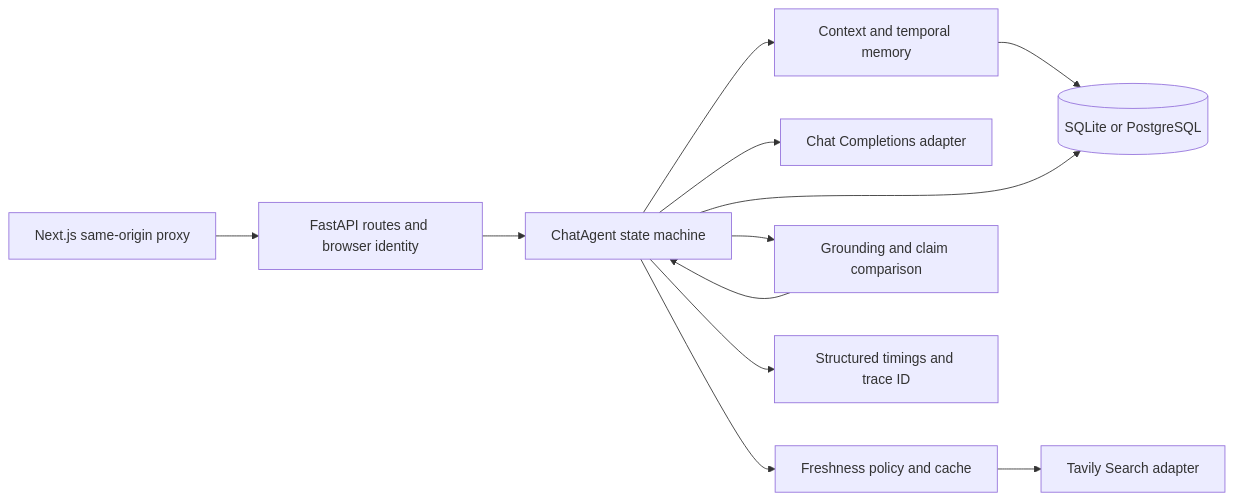
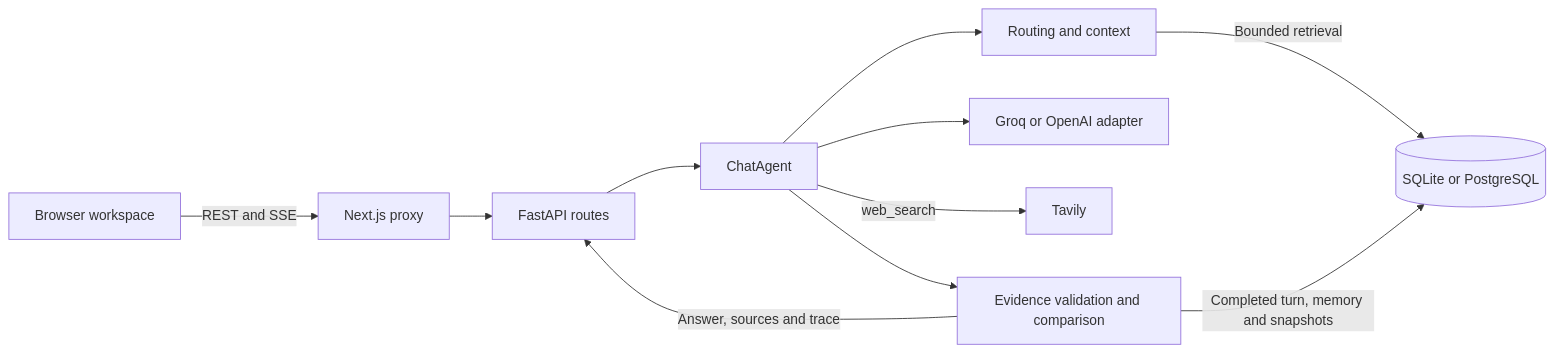
Before and after one commit to tanujkapoor-cmd/echo-time-aware-agent: the diagram in design.md, drawn with Mermaid. The commit also changed other lines of this file, not shown here.

Commit message:
docs(design): explain Echo through a temporal follow-up

```diff
--- a/design.md
+++ b/design.md
@@ -9,14 +9,13 @@
 ~~~mermaid
 flowchart LR
-  C[Next.js same-origin proxy] --> A[FastAPI routes and browser identity]
-  A --> O[ChatAgent state machine]
-  O --> M[Context and temporal memory]
-  M --> D[(SQLite or PostgreSQL)]
-  O --> L[Chat Completions adapter]
-  O --> F[Freshness policy and cache]
-  F --> T[Tavily Search adapter]
-  O --> G[Grounding and claim comparison]
-  G --> O
-  O --> D
-  O --> P[Structured timings and trace ID]
+  U[Browser workspace] -->|REST and SSE| N[Next.js proxy]
+  N --> A[FastAPI routes]
+  A --> C[ChatAgent]
+  C --> R[Routing and context]
+  R -->|Bounded retrieval| D[(SQLite or PostgreSQL)]
+  C --> M[Groq or OpenAI adapter]
+  C -->|web_search| T[Tavily]
+  C --> E[Evidence validation and comparison]
+  E -->|Completed turn, memory and snapshots| D
+  E -->|Answer, sources and trace| A
 ~~~
```
